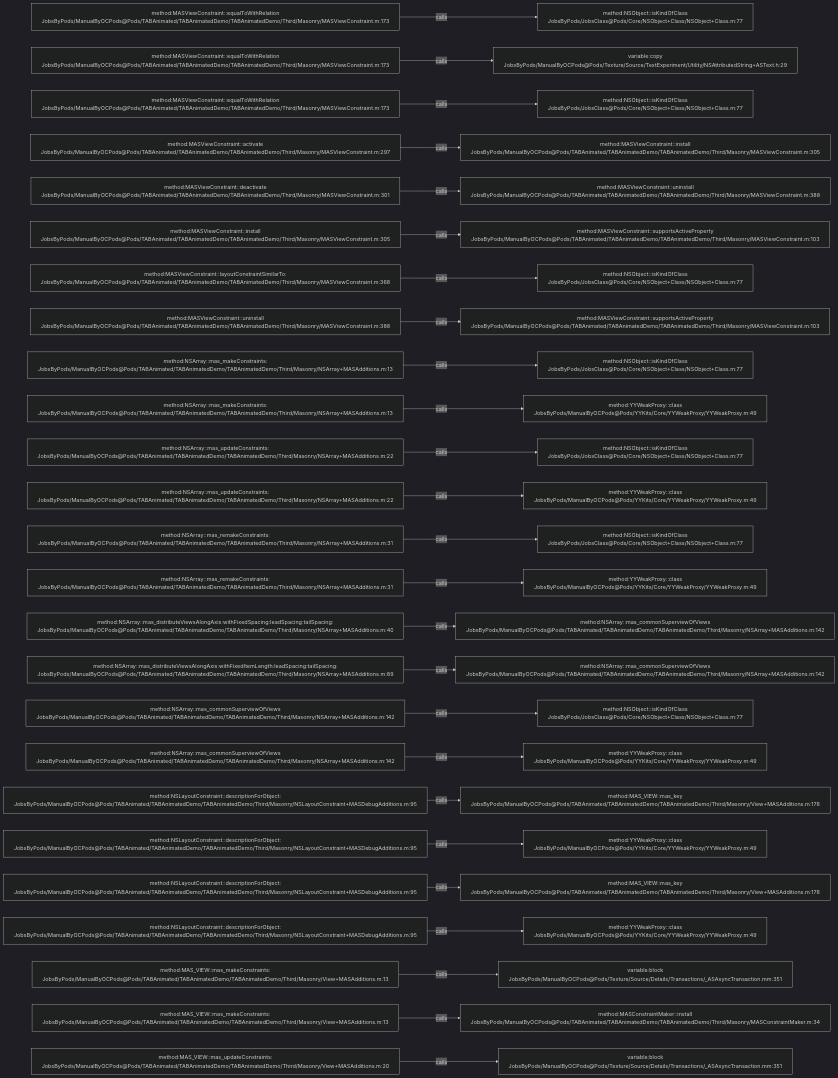
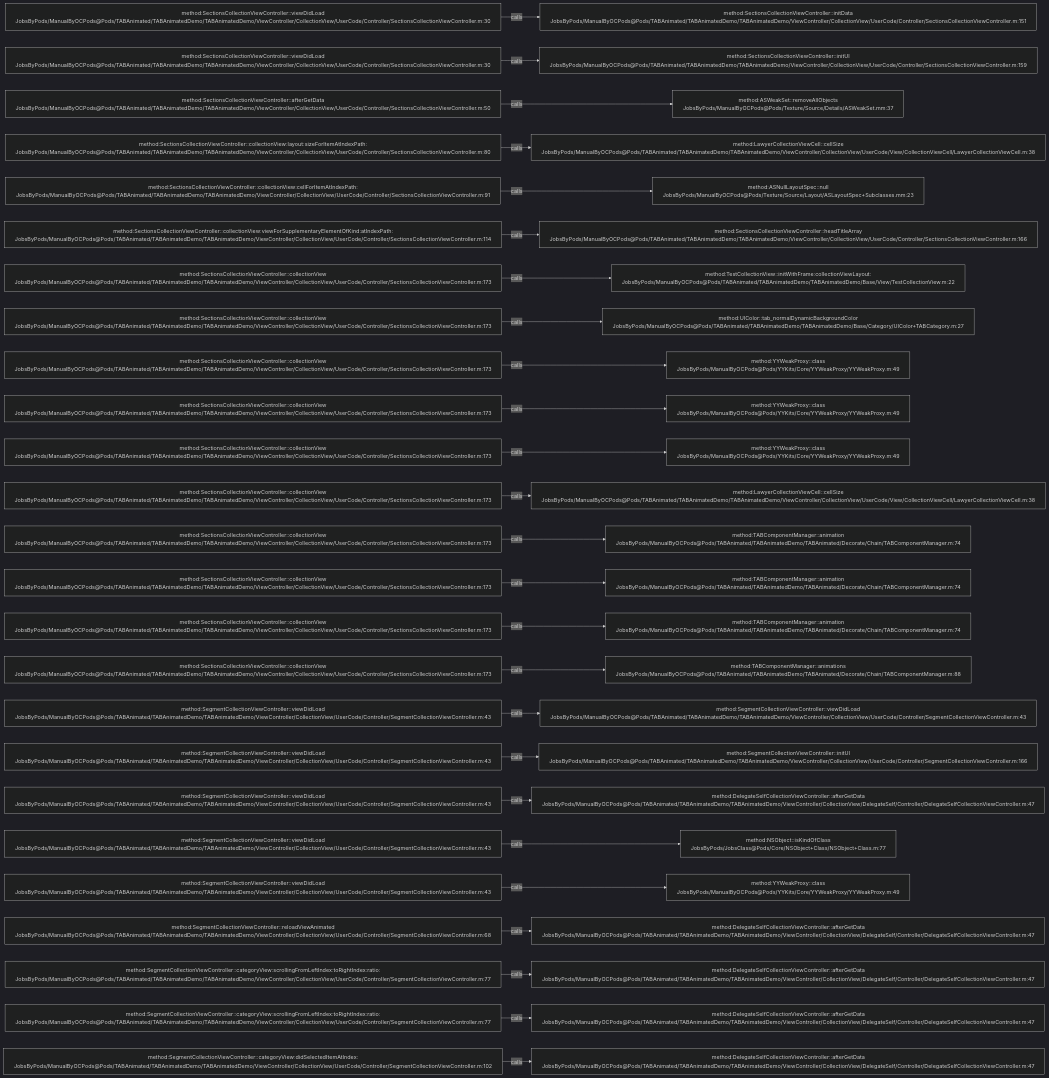
Before and after one commit to JobsKits/JobsOCBaseConfigDemo: the diagram in .codegraph/codegraph.md/graphs/calls-043.md, drawn with Mermaid (dark theme). The commit also changed 1448 other files, not shown here.

````diff
--- a/.codegraph/codegraph.md/graphs/calls-043.md
+++ b/.codegraph/codegraph.md/graphs/calls-043.md
@@ -13,78 +13,78 @@
 ```mermaid
 flowchart LR
-  S1["method:MASViewConstraint::equalToWithRelation<br/>JobsByPods/ManualByOCPods@Pods/TABAnimated/TABAnimatedDemo/TABAnimatedDemo/Third/Masonry/MASViewConstraint.m:173"]
-  T1["method:NSObject::isKindOfClass<br/>JobsByPods/JobsClass@Pods/Core/NSObject+Class/NSObject+Class.m:77"]
+  S1["method:SectionsCollectionViewController::viewDidLoad<br/>JobsByPods/ManualByOCPods@Pods/TABAnimated/TABAnimatedDemo/TABAnimatedDemo/ViewController/CollectionView/UserCode/Controller/SectionsCollectionViewController.m:30"]
+  T1["method:SectionsCollectionViewController::initData<br/>JobsByPods/ManualByOCPods@Pods/TABAnimated/TABAnimatedDemo/TABAnimatedDemo/ViewController/CollectionView/UserCode/Controller/SectionsCollectionViewController.m:151"]
   S1 -->|calls| T1
-  S2["method:MASViewConstraint::equalToWithRelation<br/>JobsByPods/ManualByOCPods@Pods/TABAnimated/TABAnimatedDemo/TABAnimatedDemo/Third/Masonry/MASViewConstraint.m:173"]
-  T2["variable:copy<br/>JobsByPods/ManualByOCPods@Pods/Texture/Source/TextExperiment/Utility/NSAttributedString+ASText.h:29"]
+  S2["method:SectionsCollectionViewController::viewDidLoad<br/>JobsByPods/ManualByOCPods@Pods/TABAnimated/TABAnimatedDemo/TABAnimatedDemo/ViewController/CollectionView/UserCode/Controller/SectionsCollectionViewController.m:30"]
+  T2["method:SectionsCollectionViewController::initUI<br/>JobsByPods/ManualByOCPods@Pods/TABAnimated/TABAnimatedDemo/TABAnimatedDemo/ViewController/CollectionView/UserCode/Controller/SectionsCollectionViewController.m:159"]
   S2 -->|calls| T2
-  S3["method:MASViewConstraint::equalToWithRelation<br/>JobsByPods/ManualByOCPods@Pods/TABAnimated/TABAnimatedDemo/TABAnimatedDemo/Third/Masonry/MASViewConstraint.m:173"]
-  T3["method:NSObject::isKindOfClass<br/>JobsByPods/JobsClass@Pods/Core/NSObject+Class/NSObject+Class.m:77"]
+  S3["method:SectionsCollectionViewController::afterGetData<br/>JobsByPods/ManualByOCPods@Pods/TABAnimated/TABAnimatedDemo/TABAnimatedDemo/ViewController/CollectionView/UserCode/Controller/SectionsCollectionViewController.m:50"]
+  T3["method:ASWeakSet::removeAllObjects<br/>JobsByPods/ManualByOCPods@Pods/Texture/Source/Details/ASWeakSet.mm:37"]
   S3 -->|calls| T3
-  S4["method:MASViewConstraint::activate<br/>JobsByPods/ManualByOCPods@Pods/TABAnimated/TABAnimatedDemo/TABAnimatedDemo/Third/Masonry/MASViewConstraint.m:297"]
-  T4["method:MASViewConstraint::install<br/>JobsByPods/ManualByOCPods@Pods/TABAnimated/TABAnimatedDemo/TABAnimatedDemo/Third/Masonry/MASViewConstraint.m:305"]
+  S4["method:SectionsCollectionViewController::collectionView:layout:sizeForItemAtIndexPath:<br/>JobsByPods/ManualByOCPods@Pods/TABAnimated/TABAnimatedDemo/TABAnimatedDemo/ViewController/CollectionView/UserCode/Controller/SectionsCollectionViewController.m:80"]
+  T4["method:LawyerCollectionViewCell::cellSize<br/>JobsByPods/ManualByOCPods@Pods/TABAnimated/TABAnimatedDemo/TABAnimatedDemo/ViewController/CollectionView/UserCode/View/CollectionViewCell/LawyerCollectionViewCell.m:38"]
   S4 -->|calls| T4
-  S5["method:MASViewConstraint::deactivate<br/>JobsByPods/ManualByOCPods@Pods/TABAnimated/TABAnimatedDemo/TABAnimatedDemo/Third/Masonry/MASViewConstraint.m:301"]
-  T5["method:MASViewConstraint::uninstall<br/>JobsByPods/ManualByOCPods@Pods/TABAnimated/TABAnimatedDemo/TABAnimatedDemo/Third/Masonry/MASViewConstraint.m:388"]
+  S5["method:SectionsCollectionViewController::collectionView:cellForItemAtIndexPath:<br/>JobsByPods/ManualByOCPods@Pods/TABAnimated/TABAnimatedDemo/TABAnimatedDemo/ViewController/CollectionView/UserCode/Controller/SectionsCollectionViewController.m:91"]
+  T5["method:ASNullLayoutSpec::null<br/>JobsByPods/ManualByOCPods@Pods/Texture/Source/Layout/ASLayoutSpec+Subclasses.mm:23"]
   S5 -->|calls| T5
-  S6["method:MASViewConstraint::install<br/>JobsByPods/ManualByOCPods@Pods/TABAnimated/TABAnimatedDemo/TABAnimatedDemo/Third/Masonry/MASViewConstraint.m:305"]
-  T6["method:MASViewConstraint::supportsActiveProperty<br/>JobsByPods/ManualByOCPods@Pods/TABAnimated/TABAnimatedDemo/TABAnimatedDemo/Third/Masonry/MASViewConstraint.m:103"]
+  S6["method:SectionsCollectionViewController::collectionView:viewForSupplementaryElementOfKind:atIndexPath:<br/>JobsByPods/ManualByOCPods@Pods/TABAnimated/TABAnimatedDemo/TABAnimatedDemo/ViewController/CollectionView/UserCode/Controller/SectionsCollectionViewController.m:114"]
+  T6["method:SectionsCollectionViewController::headTitleArray<br/>JobsByPods/ManualByOCPods@Pods/TABAnimated/TABAnimatedDemo/TABAnimatedDemo/ViewController/CollectionView/UserCode/Controller/SectionsCollectionViewController.m:166"]
   S6 -->|calls| T6
-  S7["method:MASViewConstraint::layoutConstraintSimilarTo:<br/>JobsByPods/ManualByOCPods@Pods/TABAnimated/TABAnimatedDemo/TABAnimatedDemo/Third/Masonry/MASViewConstraint.m:368"]
-  T7["method:NSObject::isKindOfClass<br/>JobsByPods/JobsClass@Pods/Core/NSObject+Class/NSObject+Class.m:77"]
+  S7["method:SectionsCollectionViewController::collectionView<br/>JobsByPods/ManualByOCPods@Pods/TABAnimated/TABAnimatedDemo/TABAnimatedDemo/ViewController/CollectionView/UserCode/Controller/SectionsCollectionViewController.m:173"]
+  T7["method:TestCollectionView::initWithFrame:collectionViewLayout:<br/>JobsByPods/ManualByOCPods@Pods/TABAnimated/TABAnimatedDemo/TABAnimatedDemo/Base/View/TestCollectionView.m:22"]
   S7 -->|calls| T7
-  S8["method:MASViewConstraint::uninstall<br/>JobsByPods/ManualByOCPods@Pods/TABAnimated/TABAnimatedDemo/TABAnimatedDemo/Third/Masonry/MASViewConstraint.m:388"]
-  T8["method:MASViewConstraint::supportsActiveProperty<br/>JobsByPods/ManualByOCPods@Pods/TABAnimated/TABAnimatedDemo/TABAnimatedDemo/Third/Masonry/MASViewConstraint.m:103"]
+  S8["method:SectionsCollectionViewController::collectionView<br/>JobsByPods/ManualByOCPods@Pods/TABAnimated/TABAnimatedDemo/TABAnimatedDemo/ViewController/CollectionView/UserCode/Controller/SectionsCollectionViewController.m:173"]
+  T8["method:UIColor::tab_normalDynamicBackgroundColor<br/>JobsByPods/ManualByOCPods@Pods/TABAnimated/TABAnimatedDemo/TABAnimatedDemo/Base/Category/UIColor+TABCategory.m:27"]
   S8 -->|calls| T8
-  S9["method:NSArray::mas_makeConstraints:<br/>JobsByPods/ManualByOCPods@Pods/TABAnimated/TABAnimatedDemo/TABAnimatedDemo/Third/Masonry/NSArray+MASAdditions.m:13"]
-  T9["method:NSObject::isKindOfClass<br/>JobsByPods/JobsClass@Pods/Core/NSObject+Class/NSObject+Class.m:77"]
+  S9["method:SectionsCollectionViewController::collectionView<br/>JobsByPods/ManualByOCPods@Pods/TABAnimated/TABAnimatedDemo/TABAnimatedDemo/ViewController/CollectionView/UserCode/Controller/SectionsCollectionViewController.m:173"]
+  T9["method:YYWeakProxy::class<br/>JobsByPods/ManualByOCPods@Pods/YYKits/Core/YYWeakProxy/YYWeakProxy.m:49"]
   S9 -->|calls| T9
-  S10["method:NSArray::mas_makeConstraints:<br/>JobsByPods/ManualByOCPods@Pods/TABAnimated/TABAnimatedDemo/TABAnimatedDemo/Third/Masonry/NSArray+MASAdditions.m:13"]
+  S10["method:SectionsCollectionViewController::collectionView<br/>JobsByPods/ManualByOCPods@Pods/TABAnimated/TABAnimatedDemo/TABAnimatedDemo/ViewController/CollectionView/UserCode/Controller/SectionsCollectionViewController.m:173"]
   T10["method:YYWeakProxy::class<br/>JobsByPods/ManualByOCPods@Pods/YYKits/Core/YYWeakProxy/YYWeakProxy.m:49"]
   S10 -->|calls| T10
-  S11["method:NSArray::mas_updateConstraints:<br/>JobsByPods/ManualByOCPods@Pods/TABAnimated/TABAnimatedDemo/TABAnimatedDemo/Third/Masonry/NSArray+MASAdditions.m:22"]
-  T11["method:NSObject::isKindOfClass<br/>JobsByPods/JobsClass@Pods/Core/NSObject+Class/NSObject+Class.m:77"]
+  S11["method:SectionsCollectionViewController::collectionView<br/>JobsByPods/ManualByOCPods@Pods/TABAnimated/TABAnimatedDemo/TABAnimatedDemo/ViewController/CollectionView/UserCode/Controller/SectionsCollectionViewController.m:173"]
+  T11["method:YYWeakProxy::class<br/>JobsByPods/ManualByOCPods@Pods/YYKits/Core/YYWeakProxy/YYWeakProxy.m:49"]
   S11 -->|calls| T11
-  S12["method:NSArray::mas_updateConstraints:<br/>JobsByPods/ManualByOCPods@Pods/TABAnimated/TABAnimatedDemo/TABAnimatedDemo/Third/Masonry/NSArray+MASAdditions.m:22"]
-  T12["method:YYWeakProxy::class<br/>JobsByPods/ManualByOCPods@Pods/YYKits/Core/YYWeakProxy/YYWeakProxy.m:49"]
+  S12["method:SectionsCollectionViewController::collectionView<br/>JobsByPods/ManualByOCPods@Pods/TABAnimated/TABAnimatedDemo/TABAnimatedDemo/ViewController/CollectionView/UserCode/Controller/SectionsCollectionViewController.m:173"]
+  T12["method:LawyerCollectionViewCell::cellSize<br/>JobsByPods/ManualByOCPods@Pods/TABAnimated/TABAnimatedDemo/TABAnimatedDemo/ViewController/CollectionView/UserCode/View/CollectionViewCell/LawyerCollectionViewCell.m:38"]
   S12 -->|calls| T12
-  S13["method:NSArray::mas_remakeConstraints:<br/>JobsByPods/ManualByOCPods@Pods/TABAnimated/TABAnimatedDemo/TABAnimatedDemo/Third/Masonry/NSArray+MASAdditions.m:31"]
-  T13["method:NSObject::isKindOfClass<br/>JobsByPods/JobsClass@Pods/Core/NSObject+Class/NSObject+Class.m:77"]
+  S13["method:SectionsCollectionViewController::collectionView<br/>JobsByPods/ManualByOCPods@Pods/TABAnimated/TABAnimatedDemo/TABAnimatedDemo/ViewController/CollectionView/UserCode/Controller/SectionsCollectionViewController.m:173"]
+  T13["method:TABComponentManager::animation<br/>JobsByPods/ManualByOCPods@Pods/TABAnimated/TABAnimatedDemo/TABAnimated/Decorate/Chain/TABComponentManager.m:74"]
   S13 -->|calls| T13
-  S14["method:NSArray::mas_remakeConstraints:<br/>JobsByPods/ManualByOCPods@Pods/TABAnimated/TABAnimatedDemo/TABAnimatedDemo/Third/Masonry/NSArray+MASAdditions.m:31"]
-  T14["method:YYWeakProxy::class<br/>JobsByPods/ManualByOCPods@Pods/YYKits/Core/YYWeakProxy/YYWeakProxy.m:49"]
+  S14["method:SectionsCollectionViewController::collectionView<br/>JobsByPods/ManualByOCPods@Pods/TABAnimated/TABAnimatedDemo/TABAnimatedDemo/ViewController/CollectionView/UserCode/Controller/SectionsCollectionViewController.m:173"]
+  T14["method:TABComponentManager::animation<br/>JobsByPods/ManualByOCPods@Pods/TABAnimated/TABAnimatedDemo/TABAnimated/Decorate/Chain/TABComponentManager.m:74"]
   S14 -->|calls| T14
-  S15["method:NSArray::mas_distributeViewsAlongAxis:withFixedSpacing:leadSpacing:tailSpacing:<br/>JobsByPods/ManualByOCPods@Pods/TABAnimated/TABAnimatedDemo/TABAnimatedDemo/Third/Masonry/NSArray+MASAdditions.m:40"]
-  T15["method:NSArray::mas_commonSuperviewOfViews<br/>JobsByPods/ManualByOCPods@Pods/TABAnimated/TABAnimatedDemo/TABAnimatedDemo/Third/Masonry/NSArray+MASAdditions.m:142"]
+  S15["method:SectionsCollectionViewController::collectionView<br/>JobsByPods/ManualByOCPods@Pods/TABAnimated/TABAnimatedDemo/TABAnimatedDemo/ViewController/CollectionView/UserCode/Controller/SectionsCollectionViewController.m:173"]
+  T15["method:TABComponentManager::animation<br/>JobsByPods/ManualByOCPods@Pods/TABAnimated/TABAnimatedDemo/TABAnimated/Decorate/Chain/TABComponentManager.m:74"]
   S15 -->|calls| T15
-  S16["method:NSArray::mas_distributeViewsAlongAxis:withFixedItemLength:leadSpacing:tailSpacing:<br/>JobsByPods/ManualByOCPods@Pods/TABAnimated/TABAnimatedDemo/TABAnimatedDemo/Third/Masonry/NSArray+MASAdditions.m:89"]
-  T16["method:NSArray::mas_commonSuperviewOfViews<br/>JobsByPods/ManualByOCPods@Pods/TABAnimated/TABAnimatedDemo/TABAnimatedDemo/Third/Masonry/NSArray+MASAdditions.m:142"]
+  S16["method:SectionsCollectionViewController::collectionView<br/>JobsByPods/ManualByOCPods@Pods/TABAnimated/TABAnimatedDemo/TABAnimatedDemo/ViewController/CollectionView/UserCode/Controller/SectionsCollectionViewController.m:173"]
+  T16["method:TABComponentManager::animations<br/>JobsByPods/ManualByOCPods@Pods/TABAnimated/TABAnimatedDemo/TABAnimated/Decorate/Chain/TABComponentManager.m:88"]
   S16 -->|calls| T16
-  S17["method:NSArray::mas_commonSuperviewOfViews<br/>JobsByPods/ManualByOCPods@Pods/TABAnimated/TABAnimatedDemo/TABAnimatedDemo/Third/Masonry/NSArray+MASAdditions.m:142"]
-  T17["method:NSObject::isKindOfClass<br/>JobsByPods/JobsClass@Pods/Core/NSObject+Class/NSObject+Class.m:77"]
+  S17["method:SegmentCollectionViewController::viewDidLoad<br/>JobsByPods/ManualByOCPods@Pods/TABAnimated/TABAnimatedDemo/TABAnimatedDemo/ViewController/CollectionView/UserCode/Controller/SegmentCollectionViewController.m:43"]
+  T17["method:SegmentCollectionViewController::viewDidLoad<br/>JobsByPods/ManualByOCPods@Pods/TABAnimated/TABAnimatedDemo/TABAnimatedDemo/ViewController/CollectionView/UserCode/Controller/SegmentCollectionViewController.m:43"]
   S17 -->|calls| T17
-  S18["method:NSArray::mas_commonSuperviewOfViews<br/>JobsByPods/ManualByOCPods@Pods/TABAnimated/TABAnimatedDemo/TABAnimatedDemo/Third/Masonry/NSArray+MASAdditions.m:142"]
-  T18["method:YYWeakProxy::class<br/>JobsByPods/ManualByOCPods@Pods/YYKits/Core/YYWeakProxy/YYWeakProxy.m:49"]
+  S18["method:SegmentCollectionViewController::viewDidLoad<br/>JobsByPods/ManualByOCPods@Pods/TABAnimated/TABAnimatedDemo/TABAnimatedDemo/ViewController/CollectionView/UserCode/Controller/SegmentCollectionViewController.m:43"]
+  T18["method:SegmentCollectionViewController::initUI<br/>JobsByPods/ManualByOCPods@Pods/TABAnimated/TABAnimatedDemo/TABAnimatedDemo/ViewController/CollectionView/UserCode/Controller/SegmentCollectionViewController.m:166"]
   S18 -->|calls| T18
-  S19["method:NSLayoutConstraint::descriptionForObject:<br/>JobsByPods/ManualByOCPods@Pods/TABAnimated/TABAnimatedDemo/TABAnimatedDemo/Third/Masonry/NSLayoutConstraint+MASDebugAdditions.m:95"]
-  T19["method:MAS_VIEW::mas_key<br/>JobsByPods/ManualByOCPods@Pods/TABAnimated/TABAnimatedDemo/TABAnimatedDemo/Third/Masonry/View+MASAdditions.m:178"]
+  S19["method:SegmentCollectionViewController::viewDidLoad<br/>JobsByPods/ManualByOCPods@Pods/TABAnimated/TABAnimatedDemo/TABAnimatedDemo/ViewController/CollectionView/UserCode/Controller/SegmentCollectionViewController.m:43"]
+  T19["method:DelegateSelfCollectionViewController::afterGetData<br/>JobsByPods/ManualByOCPods@Pods/TABAnimated/TABAnimatedDemo/TABAnimatedDemo/ViewController/CollectionView/DelegateSelf/Controller/DelegateSelfCollectionViewController.m:47"]
   S19 -->|calls| T19
-  S20["method:NSLayoutConstraint::descriptionForObject:<br/>JobsByPods/ManualByOCPods@Pods/TABAnimated/TABAnimatedDemo/TABAnimatedDemo/Third/Masonry/NSLayoutConstraint+MASDebugAdditions.m:95"]
-  T20["method:YYWeakProxy::class<br/>JobsByPods/ManualByOCPods@Pods/YYKits/Core/YYWeakProxy/YYWeakProxy.m:49"]
+  S20["method:SegmentCollectionViewController::viewDidLoad<br/>JobsByPods/ManualByOCPods@Pods/TABAnimated/TABAnimatedDemo/TABAnimatedDemo/ViewController/CollectionView/UserCode/Controller/SegmentCollectionViewController.m:43"]
+  T20["method:NSObject::isKindOfClass<br/>JobsByPods/JobsClass@Pods/Core/NSObject+Class/NSObject+Class.m:77"]
   S20 -->|calls| T20
-  S21["method:NSLayoutConstraint::descriptionForObject:<br/>JobsByPods/ManualByOCPods@Pods/TABAnimated/TABAnimatedDemo/TABAnimatedDemo/Third/Masonry/NSLayoutConstraint+MASDebugAdditions.m:95"]
-  T21["method:MAS_VIEW::mas_key<br/>JobsByPods/ManualByOCPods@Pods/TABAnimated/TABAnimatedDemo/TABAnimatedDemo/Third/Masonry/View+MASAdditions.m:178"]
+  S21["method:SegmentCollectionViewController::viewDidLoad<br/>JobsByPods/ManualByOCPods@Pods/TABAnimated/TABAnimatedDemo/TABAnimatedDemo/ViewController/CollectionView/UserCode/Controller/SegmentCollectionViewController.m:43"]
+  T21["method:YYWeakProxy::class<br/>JobsByPods/ManualByOCPods@Pods/YYKits/Core/YYWeakProxy/YYWeakProxy.m:49"]
   S21 -->|calls| T21
-  S22["method:NSLayoutConstraint::descriptionForObject:<br/>JobsByPods/ManualByOCPods@Pods/TABAnimated/TABAnimatedDemo/TABAnimatedDemo/Third/Masonry/NSLayoutConstraint+MASDebugAdditions.m:95"]
-  T22["method:YYWeakProxy::class<br/>JobsByPods/ManualByOCPods@Pods/YYKits/Core/YYWeakProxy/YYWeakProxy.m:49"]
+  S22["method:SegmentCollectionViewController::reloadViewAnimated<br/>JobsByPods/ManualByOCPods@Pods/TABAnimated/TABAnimatedDemo/TABAnimatedDemo/ViewController/CollectionView/UserCode/Controller/SegmentCollectionViewController.m:68"]
+  T22["method:DelegateSelfCollectionViewController::afterGetData<br/>JobsByPods/ManualByOCPods@Pods/TABAnimated/TABAnimatedDemo/TABAnimatedDemo/ViewController/CollectionView/DelegateSelf/Controller/DelegateSelfCollectionViewController.m:47"]
   S22 -->|calls| T22
-  S23["method:MAS_VIEW::mas_makeConstraints:<br/>JobsByPods/ManualByOCPods@Pods/TABAnimated/TABAnimatedDemo/TABAnimatedDemo/Third/Masonry/View+MASAdditions.m:13"]
-  T23["variable:block<br/>JobsByPods/ManualByOCPods@Pods/Texture/Source/Details/Transactions/_ASAsyncTransaction.mm:351"]
+  S23["method:SegmentCollectionViewController::categoryView:scrollingFromLeftIndex:toRightIndex:ratio:<br/>JobsByPods/ManualByOCPods@Pods/TABAnimated/TABAnimatedDemo/TABAnimatedDemo/ViewController/CollectionView/UserCode/Controller/SegmentCollectionViewController.m:77"]
+  T23["method:DelegateSelfCollectionViewController::afterGetData<br/>JobsByPods/ManualByOCPods@Pods/TABAnimated/TABAnimatedDemo/TABAnimatedDemo/ViewController/CollectionView/DelegateSelf/Controller/DelegateSelfCollectionViewController.m:47"]
   S23 -->|calls| T23
-  S24["method:MAS_VIEW::mas_makeConstraints:<br/>JobsByPods/ManualByOCPods@Pods/TABAnimated/TABAnimatedDemo/TABAnimatedDemo/Third/Masonry/View+MASAdditions.m:13"]
-  T24["method:MASConstraintMaker::install<br/>JobsByPods/ManualByOCPods@Pods/TABAnimated/TABAnimatedDemo/TABAnimatedDemo/Third/Masonry/MASConstraintMaker.m:34"]
+  S24["method:SegmentCollectionViewController::categoryView:scrollingFromLeftIndex:toRightIndex:ratio:<br/>JobsByPods/ManualByOCPods@Pods/TABAnimated/TABAnimatedDemo/TABAnimatedDemo/ViewController/CollectionView/UserCode/Controller/SegmentCollectionViewController.m:77"]
+  T24["method:DelegateSelfCollectionViewController::afterGetData<br/>JobsByPods/ManualByOCPods@Pods/TABAnimated/TABAnimatedDemo/TABAnimatedDemo/ViewController/CollectionView/DelegateSelf/Controller/DelegateSelfCollectionViewController.m:47"]
   S24 -->|calls| T24
-  S25["method:MAS_VIEW::mas_updateConstraints:<br/>JobsByPods/ManualByOCPods@Pods/TABAnimated/TABAnimatedDemo/TABAnimatedDemo/Third/Masonry/View+MASAdditions.m:20"]
-  T25["variable:block<br/>JobsByPods/ManualByOCPods@Pods/Texture/Source/Details/Transactions/_ASAsyncTransaction.mm:351"]
+  S25["method:SegmentCollectionViewController::categoryView:didSelectedItemAtIndex:<br/>JobsByPods/ManualByOCPods@Pods/TABAnimated/TABAnimatedDemo/TABAnimatedDemo/ViewController/CollectionView/UserCode/Controller/SegmentCollectionViewController.m:102"]
+  T25["method:DelegateSelfCollectionViewController::afterGetData<br/>JobsByPods/ManualByOCPods@Pods/TABAnimated/TABAnimatedDemo/TABAnimatedDemo/ViewController/CollectionView/DelegateSelf/Controller/DelegateSelfCollectionViewController.m:47"]
   S25 -->|calls| T25
 ```
````
